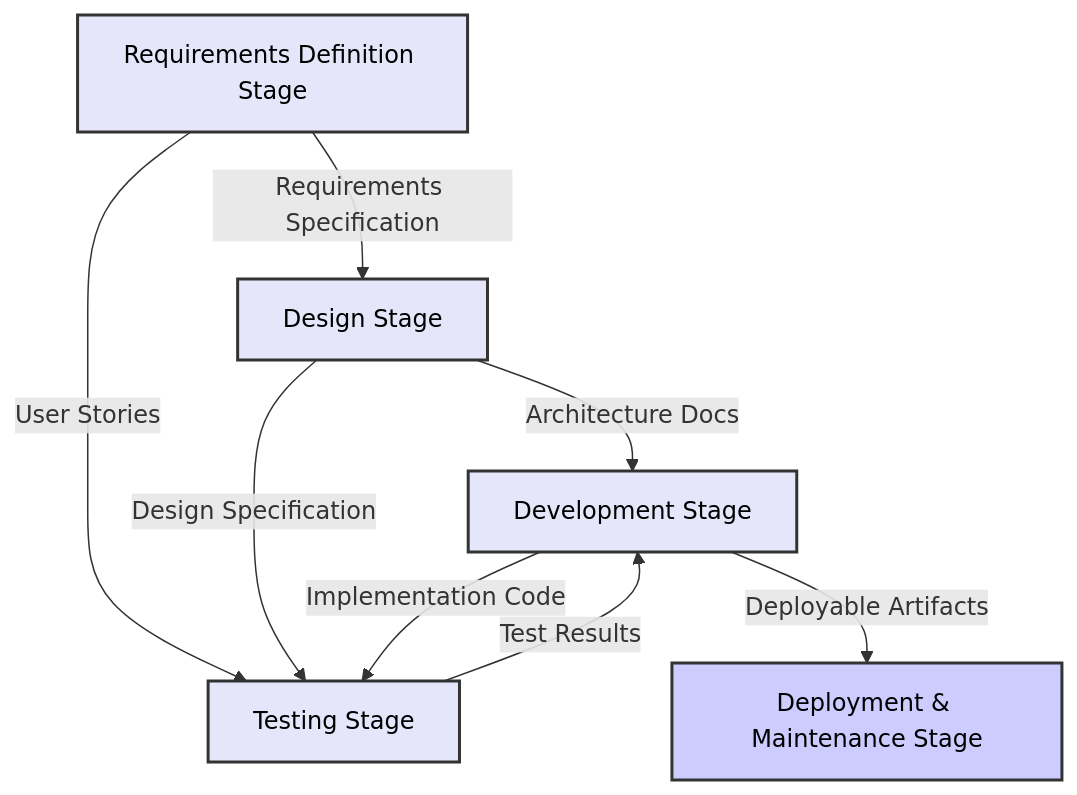
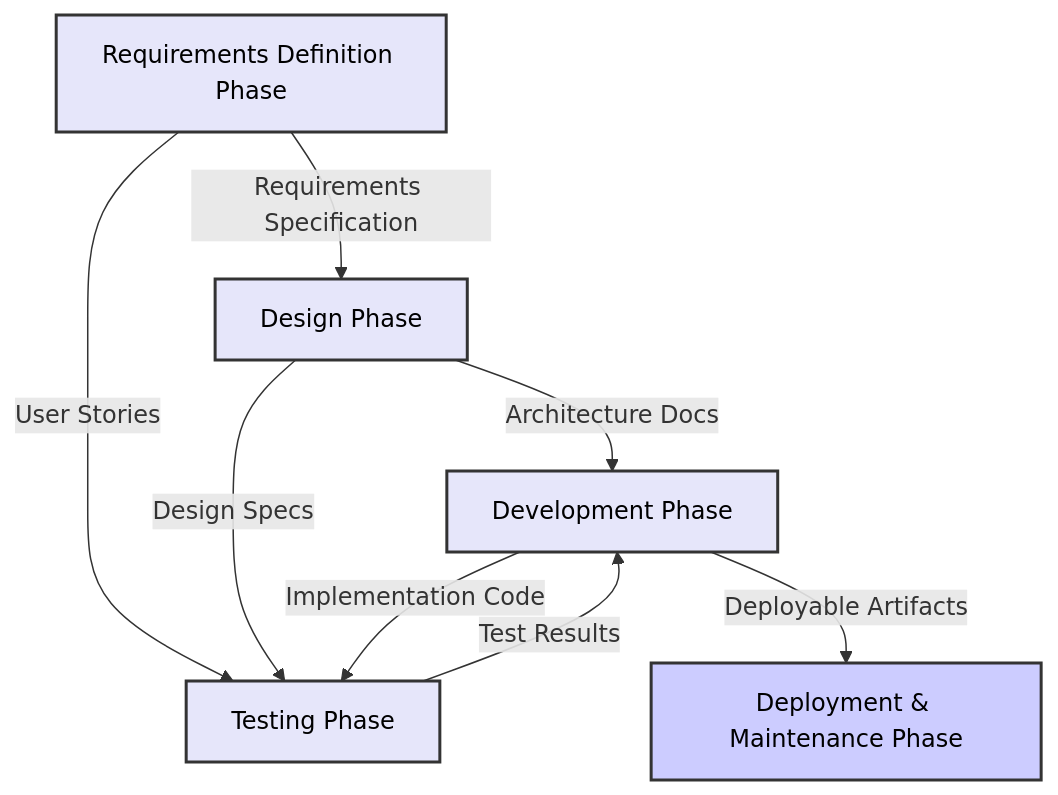
Before and after one commit to bbalganjjm/prompt-driven-development: the diagram in 4.prompt-driven-development-methodology-details.md, drawn with Mermaid. The commit also changed other lines of this file and 4 other files, not shown here.

Commit message:
Refactor PDD documentation: Update terminology from "Stage" to "Phase" for consistency and clarity; enhance descriptions and structural elements; improve inter-phase linkage diagram and key questions for each phase.

````diff
--- a/4.prompt-driven-development-methodology-details.md
+++ b/4.prompt-driven-development-methodology-details.md
@@ -52,16 +52,16 @@
 ```mermaid
-%% High-contrast colors for clarity (background: lavender, text: black, lines: dark gray)
+%% Use high-contrast colors for readability (background: light, text: dark, lines: blue)
 graph TD
-    A[Requirements Definition Stage] -->|Requirements Specification| B[Design Stage]
-    A -->|User Stories| D[Testing Stage]
-    B -->|Architecture Docs| C[Development Stage]
-    B -->|Design Specification| D
+    A[Requirements Definition Phase] -->|Requirements Specification| B[Design Phase]
+    A -->|User Stories| D[Testing Phase]
+    B -->|Architecture Docs| C[Development Phase]
+    B -->|Design Specs| D
     C -->|Implementation Code| D
-    C -->|Deployable Artifacts| E[Deployment & Maintenance Stage]
+    C -->|Deployable Artifacts| E[Deployment & Maintenance Phase]
     D -->|Test Results| C
     style E fill:#ccccff,stroke:#333,stroke-width:2px,color:#000
     style A fill:#e6e6fa,stroke:#333,stroke-width:2px,color:#000
     style B fill:#e6e6fa,stroke:#333,stroke-width:2px,color:#000
     style C fill:#e6e6fa,stroke:#333,stroke-width:2px,color:#000
     style D fill:#e6e6fa,stroke:#333,stroke-width:2px,color:#000
 ```
````
